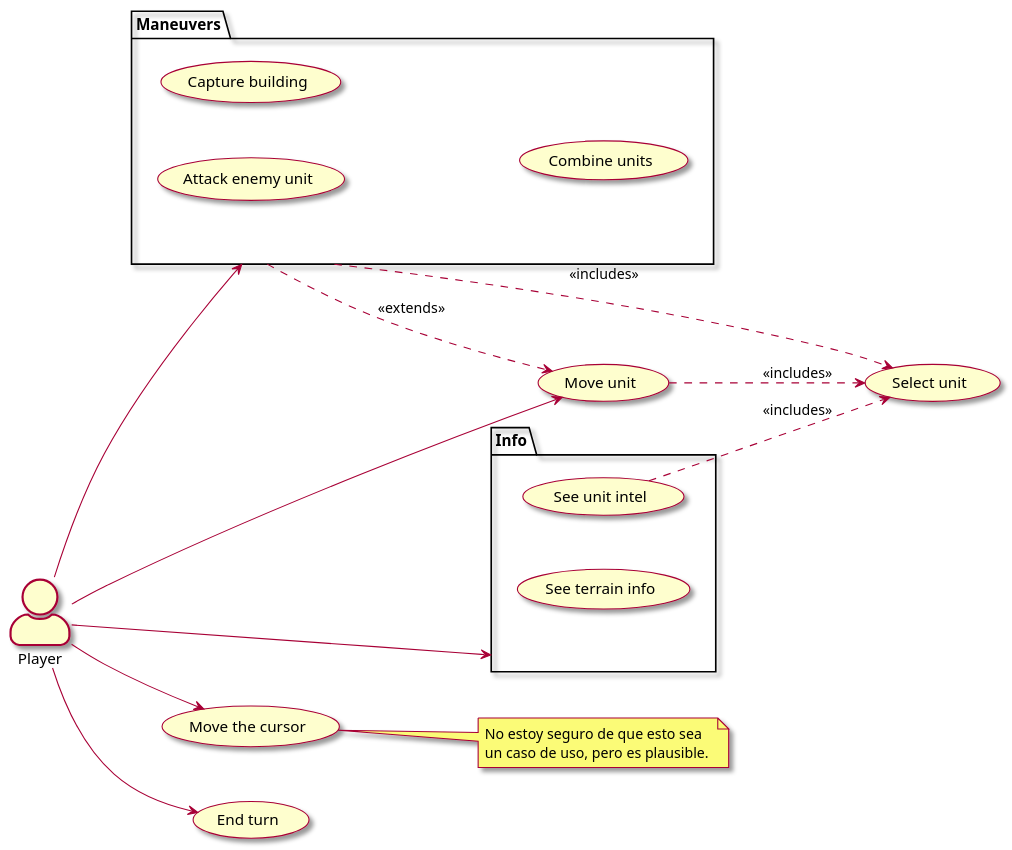
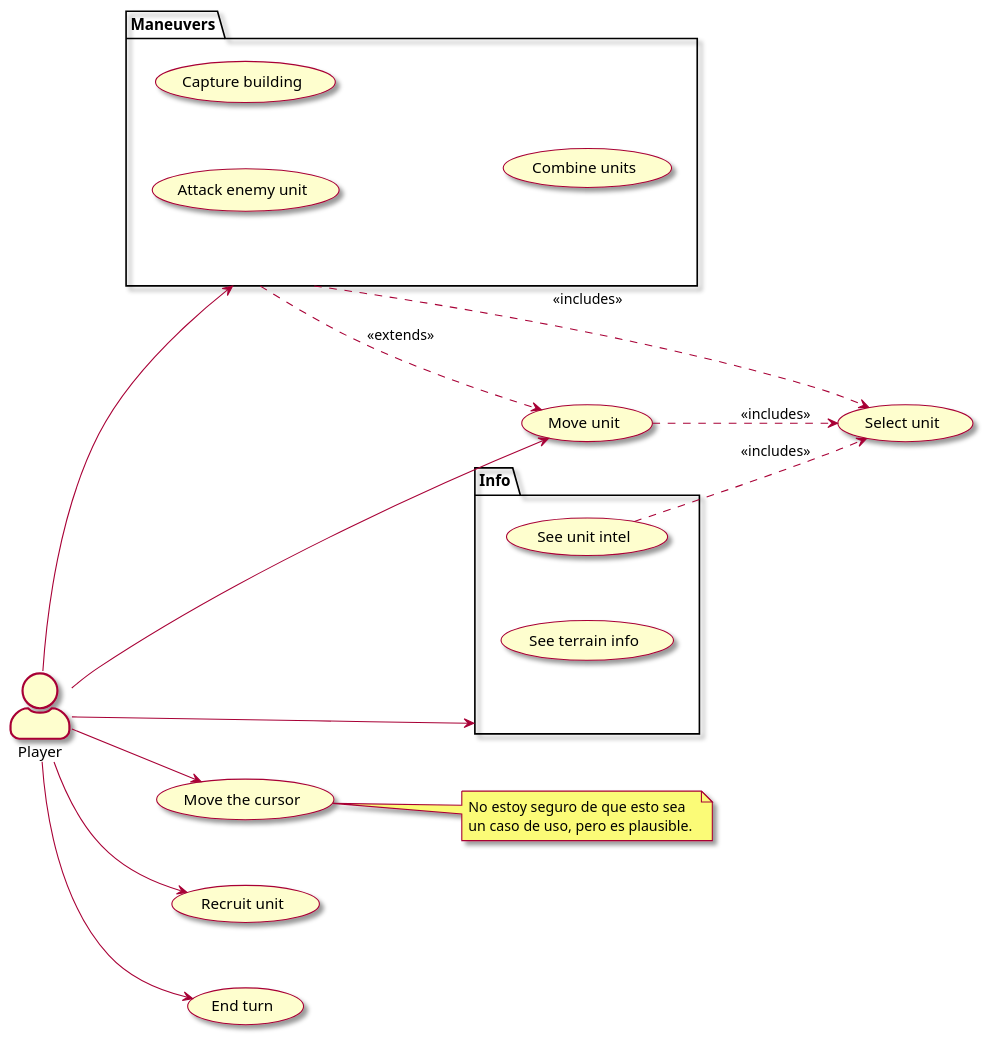
Before and after one commit to RicardoGuzmanVelasco/AdvanceWars: the diagram in Assets/AdvanceWars/Documentation~/Diagrams/UseCases.puml, drawn with PlantUML.

Commit message:
docs: update use cases diagram with recruiting

```diff
--- a/Assets/AdvanceWars/Documentation~/Diagrams/UseCases.puml
+++ b/Assets/AdvanceWars/Documentation~/Diagrams/UseCases.puml
@@ -1,36 +1,37 @@
 @startuml
 skin rose
 skinparam actorstyle awesome
 left to right direction
 
-skinparam nodesep 50
-skinparam ranksep 60
+skinparam nodesep 60
+skinparam ranksep 50
 
 :Player: --> (Move the cursor)
 :Player: --> (Move unit)
+:Player: --> (Recruit unit)
 :Player: --> (End turn)
 
 package Info{
     (See unit intel)
     (See terrain info)
 }
 :Player: --> Info
 (See unit intel) ..> (Select unit) : <<includes>>
 
-package Maneuvers{
-    (Attack enemy unit) 
-    (Capture building)
-    (Combine units)
-}
+    package Maneuvers{
+        (Attack enemy unit) 
+        (Capture building)
+        (Combine units)
+    }
 :Player: --> Maneuvers
 Maneuvers ..> (Move unit) : <<extends>>
 
 (Move unit) ..> (Select unit) : <<includes>>
 
 Maneuvers ..> (Select unit) : <<includes>>
 
 note right of (Move the cursor)
 No estoy seguro de que esto sea
 un caso de uso, pero es plausible. 
 end note
 @enduml
```
